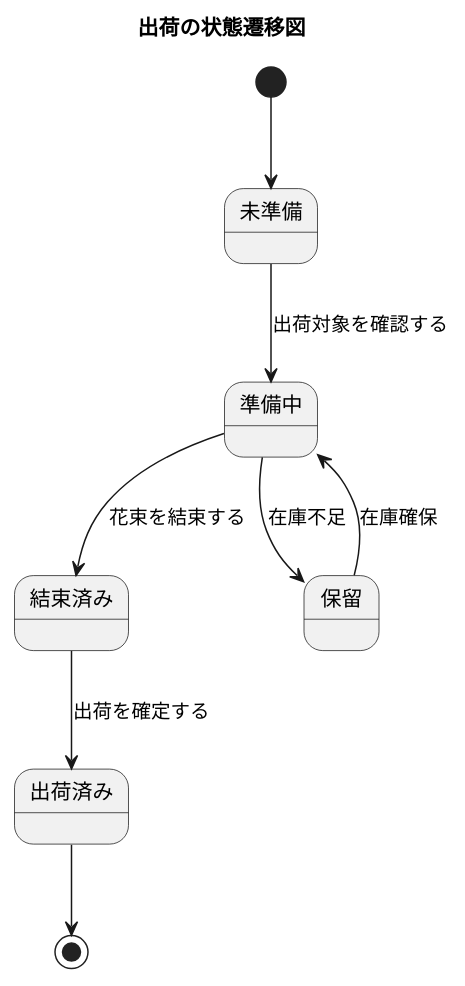
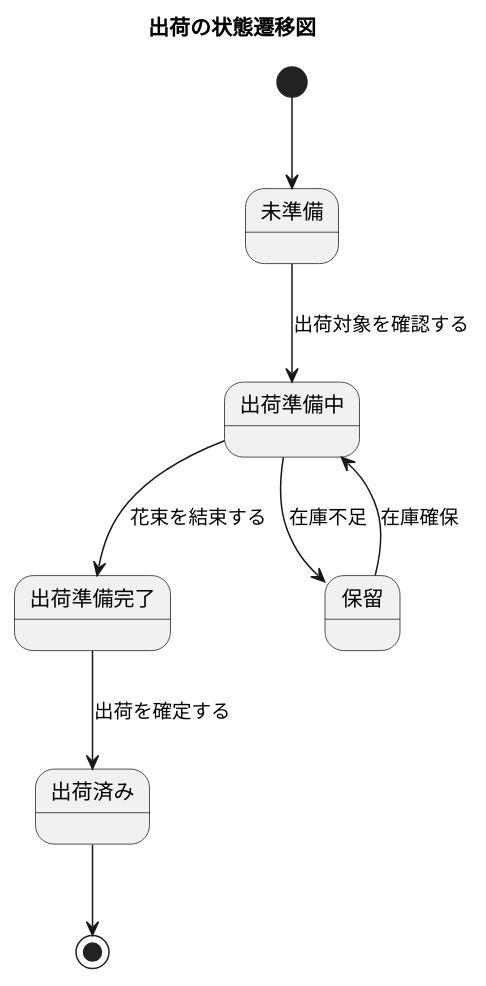
Before and after one commit to k2works/case-study-sdd-development: diagram 19 of 19 in docs/requirements/requirements_definition.md, drawn with PlantUML. The commit also changed other lines of this file and 26 other files, not shown here.

````diff
--- a/docs/requirements/requirements_definition.md
+++ b/docs/requirements/requirements_definition.md
@@ -733,13 +735,13 @@
 ```plantuml
 @startuml
 title 出荷の状態遷移図
 
 [*] --> 未準備
-未準備 --> 準備中 : 出荷対象を確認する
-準備中 --> 結束済み : 花束を結束する
-結束済み --> 出荷済み : 出荷を確定する
-準備中 --> 保留 : 在庫不足
-保留 --> 準備中 : 在庫確保
+未準備 --> 出荷準備中 : 出荷対象を確認する
+出荷準備中 --> 出荷準備完了 : 花束を結束する
+出荷準備完了 --> 出荷済み : 出荷を確定する
+出荷準備中 --> 保留 : 在庫不足
+保留 --> 出荷準備中 : 在庫確保
 出荷済み --> [*]
 @enduml
 ```
````
